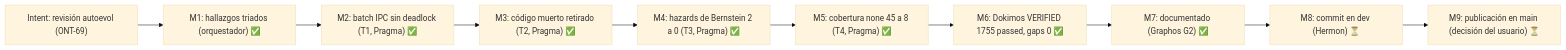
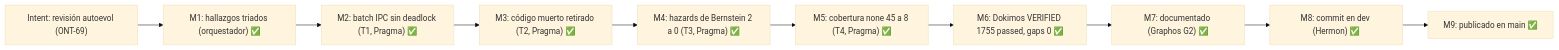
The second of 2 diagrams in docs/pipeline/feature_20261118_ont69_autoevol_findings.md (ancrz/agent-execution-plane), drawn with Mermaid (base theme) before and after one commit. The commit also changed other lines of this file and 5 other files, not shown here.

First line of the commit message:
docs(ONT-69): record the publication to dev and main and the post-publish checks

````diff
--- a/docs/pipeline/feature_20261118_ont69_autoevol_findings.md
+++ b/docs/pipeline/feature_20261118_ont69_autoevol_findings.md
@@ -109,12 +109,12 @@
 ```mermaid
 flowchart LR
     I69["Intent: revisión autoevol (ONT-69)"] --> M1["M1: hallazgos triados (orquestador) ✅"]
     M1 --> M2["M2: batch IPC sin deadlock (T1, Pragma) ✅"]
     M2 --> M3["M3: código muerto retirado (T2, Pragma) ✅"]
     M3 --> M4["M4: hazards de Bernstein 2 a 0 (T3, Pragma) ✅"]
     M4 --> M5["M5: cobertura none 45 a 8 (T4, Pragma) ✅"]
     M5 --> M6["M6: Dokimos VERIFIED 1755 passed, gaps 0 ✅"]
     M6 --> M7["M7: documentado (Graphos G2) ✅"]
-    M7 --> M8["M8: commit en dev (Hermon) ⏳"]
-    M8 --> M9["M9: publicación en main (decisión del usuario) ⏳"]
+    M7 --> M8["M8: commit en dev (Hermon) ✅"]
+    M8 --> M9["M9: publicado en main ✅"]
 ```
````
